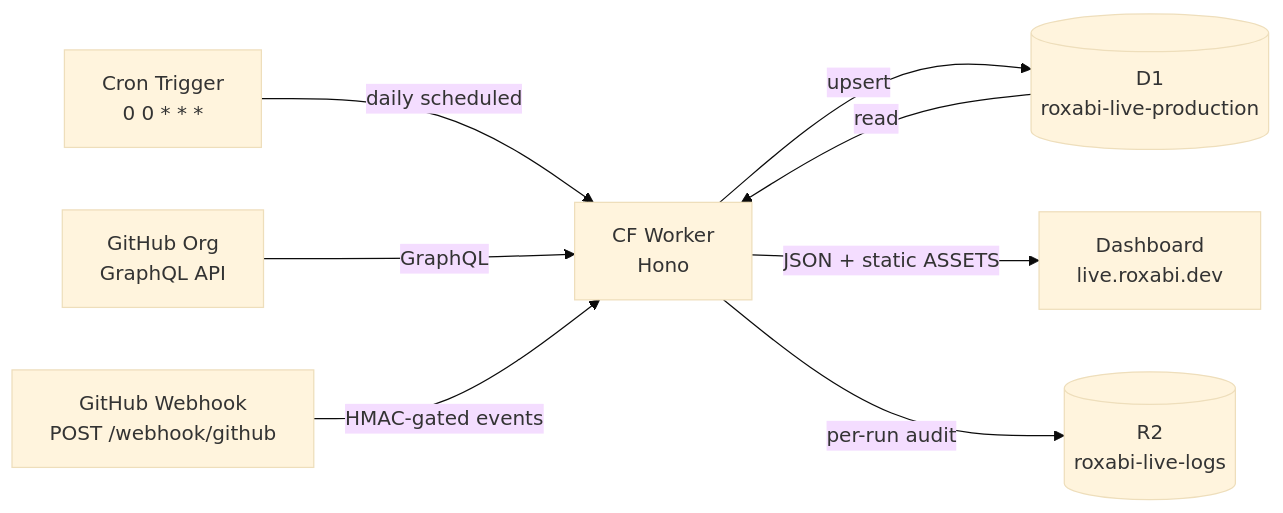
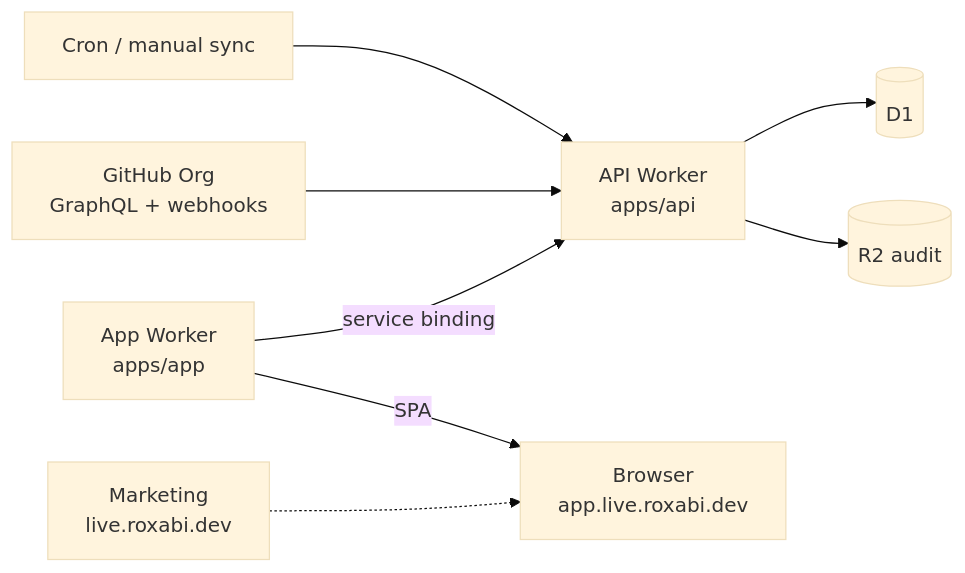
Before and after one commit to Roxabi/roxabi-live: the diagram in README.md, drawn with Mermaid (base theme). The commit also changed other lines of this file and 21 other files, not shown here.

````diff
--- a/README.md
+++ b/README.md
@@ -40,18 +52,18 @@
 ```mermaid
 flowchart LR
-    CRON[Cron Trigger\n0 0 * * *]
-    GH[GitHub Org\nGraphQL API]
-    W[CF Worker\nHono]
-    DB[(D1\nroxabi-live-production)]
-    R2[(R2\nroxabi-live-logs)]
-    FE[Dashboard\nlive.roxabi.dev]
-    WH[GitHub Webhook\nPOST /webhook/github]
+    CRON[Cron / manual sync]
+    GH[GitHub Org\nGraphQL + webhooks]
+    API[API Worker\napps/api]
+    APP[App Worker\napps/app]
+    DB[(D1)]
+    R2[(R2 audit)]
+    MKT[Marketing\nlive.roxabi.dev]
 
-    CRON -->|daily scheduled| W
-    GH -->|GraphQL| W
-    W -->|upsert| DB
-    DB -->|read| W
-    W -->|JSON + static ASSETS| FE
-    WH -->|HMAC-gated events| W
-    W -->|per-run audit| R2
+    CRON --> API
+    GH --> API
+    API --> DB
+    APP -->|service binding| API
+    APP -->|SPA| Browser[Browser\napp.live.roxabi.dev]
+    API --> R2
+    MKT -.-> Browser
 ```
````
